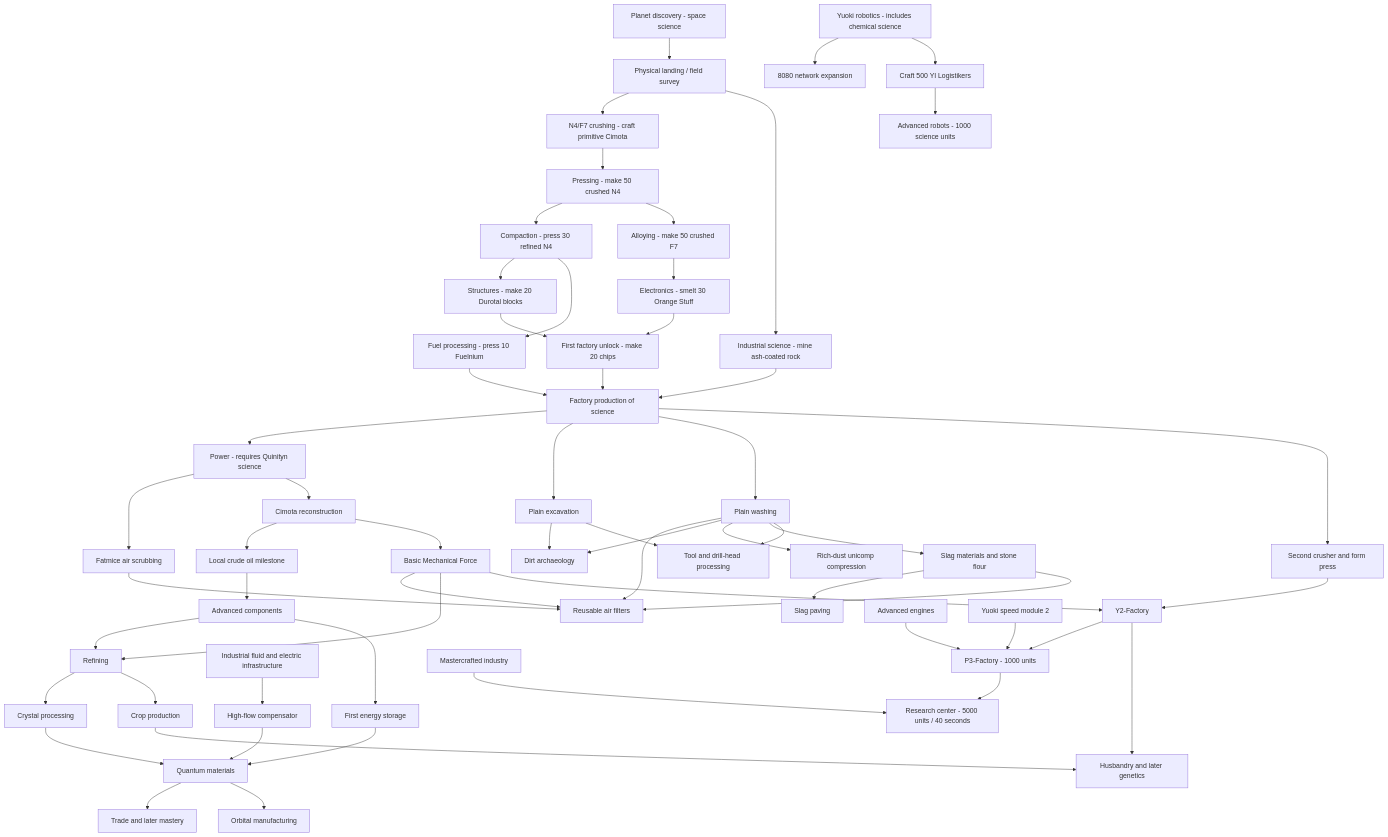
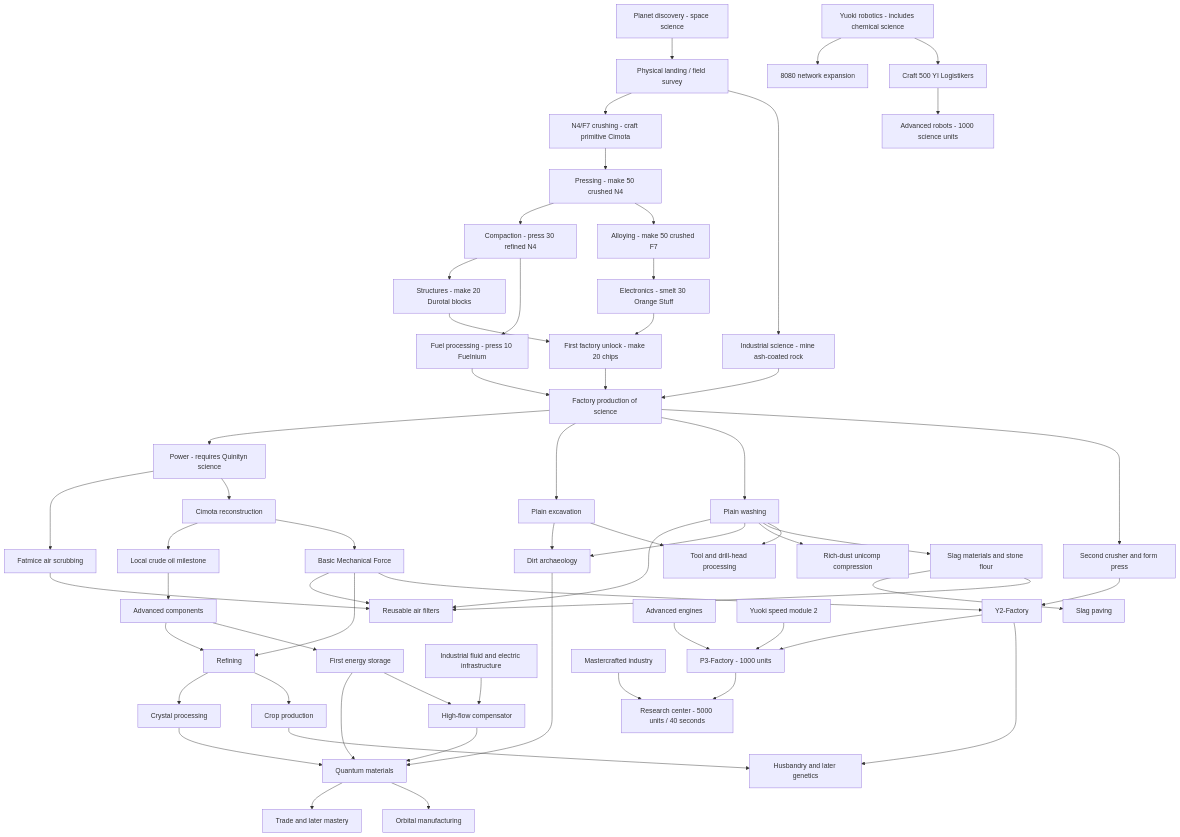
Before and after one commit to jatmn/yuoki-quinityn: the diagram in docs/guides/progression.md, drawn with Mermaid. The commit also changed 2 other files, not shown here.

Commit message:
docs: state the remaining quantum and storage prerequisites
Name dirt archaeology on quantum research and draw that edge on the
progression diagram. The high-flow compensator description and diagram
now include Industrial energy storage as well as plant infrastructure.
In-progress Crystal accumulator upgrades also require Large accumulator
research, and completed research stays completed.

````diff
--- a/docs/guides/progression.md
+++ b/docs/guides/progression.md
@@ -46,60 +46,62 @@
 ```mermaid
 flowchart TD
   Discovery[Planet discovery - space science] --> Arrival[Physical landing / field survey]
   Arrival --> Materials[N4/F7 crushing - craft primitive Cimota]
   Materials --> Pressing[Pressing - make 50 crushed N4]
   Pressing --> Compacting[Compaction - press 30 refined N4]
   Pressing --> Alloying[Alloying - make 50 crushed F7]
   Compacting --> Structures[Structures - make 20 Durotal blocks]
   Alloying --> Electronics[Electronics - smelt 30 Orange Stuff]
   Compacting --> Fuel[Fuel processing - press 10 Fuelnium]
   Structures --> BasicFactory[First factory unlock - make 20 chips]
   Electronics --> BasicFactory
   Arrival --> Science[Industrial science - mine ash-coated rock]
   BasicFactory --> Production[Factory production of science]
   Fuel --> Production
   Science --> Production
   Production --> Power[Power - requires Quinityn science]
   Power --> Air[Fatmice air scrubbing]
   Air --> Filters[Reusable air filters]
   Washing --> Filters
   Engines --> Filters
   Production --> Excavation[Plain excavation]
   Production --> Washing[Plain washing]
   Washing --> Archaeology[Dirt archaeology]
   Excavation --> Archaeology
   Washing --> Compression[Rich-dust unicomp compression]
   Washing --> SlagMaterials[Slag materials and stone flour]
   SlagMaterials --> Paving[Slag paving]
   SlagMaterials --> Filters
   Excavation --> Tooling[Tool and drill-head processing]
   Washing --> Tooling
   Production --> Machining[Second crusher and form press]
   Power --> Cimota[Cimota reconstruction]
   Cimota --> Oil[Local crude oil milestone]
   Oil --> Components[Advanced components]
   Cimota --> Engines[Basic Mechanical Force]
   Engines --> Refining[Refining]
   Components --> Refining
   Refining --> Crystals[Crystal processing]
   Components --> Storage[First energy storage]
   Crystals --> Quantum[Quantum materials]
   Storage --> Quantum
   Infrastructure[Industrial fluid and electric infrastructure] --> Compensator[High-flow compensator]
+  Storage --> Compensator
   Compensator --> Quantum
+  Archaeology --> Quantum
   Engines --> Factories[Y2-Factory]
   Machining --> Factories
   Factories --> P3[P3-Factory - 1000 units]
   AdvancedEngines[Advanced engines] --> P3
   AdvancedModules[Yuoki speed module 2] --> P3
   P3 --> Center[Research center - 5000 units / 40 seconds]
   Mastery[Mastercrafted industry] --> Center
   Robotics[Yuoki robotics - includes chemical science] --> Network[8080 network expansion]
   Robotics --> RobotProduction[Craft 500 YI Logistikers]
   RobotProduction --> AdvancedRobots[Advanced robots - 1000 science units]
   Refining --> Crops[Crop production]
   Crops --> Animals[Husbandry and later genetics]
   Factories --> Animals
   Quantum --> Trade[Trade and later mastery]
   Quantum --> Orbital[Orbital manufacturing]
 ```
````
